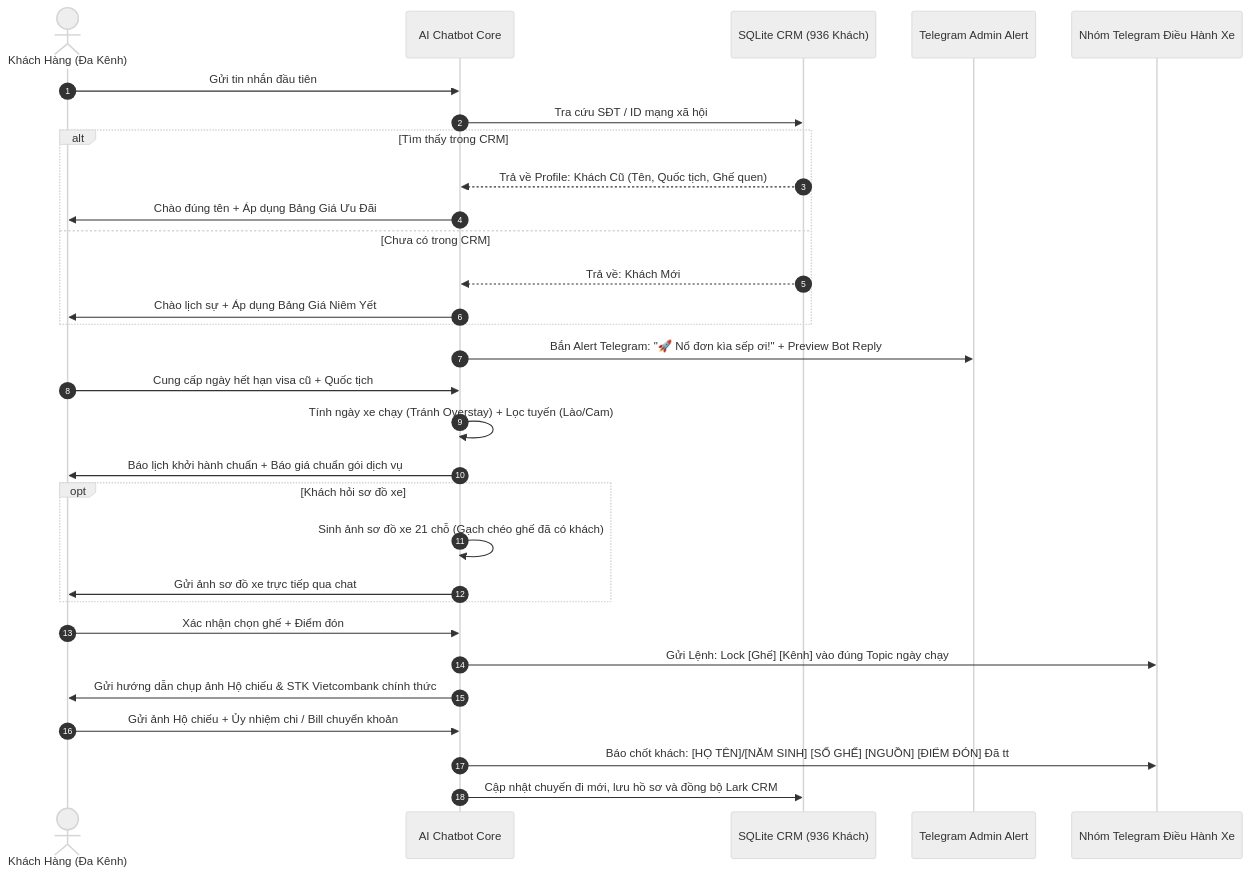
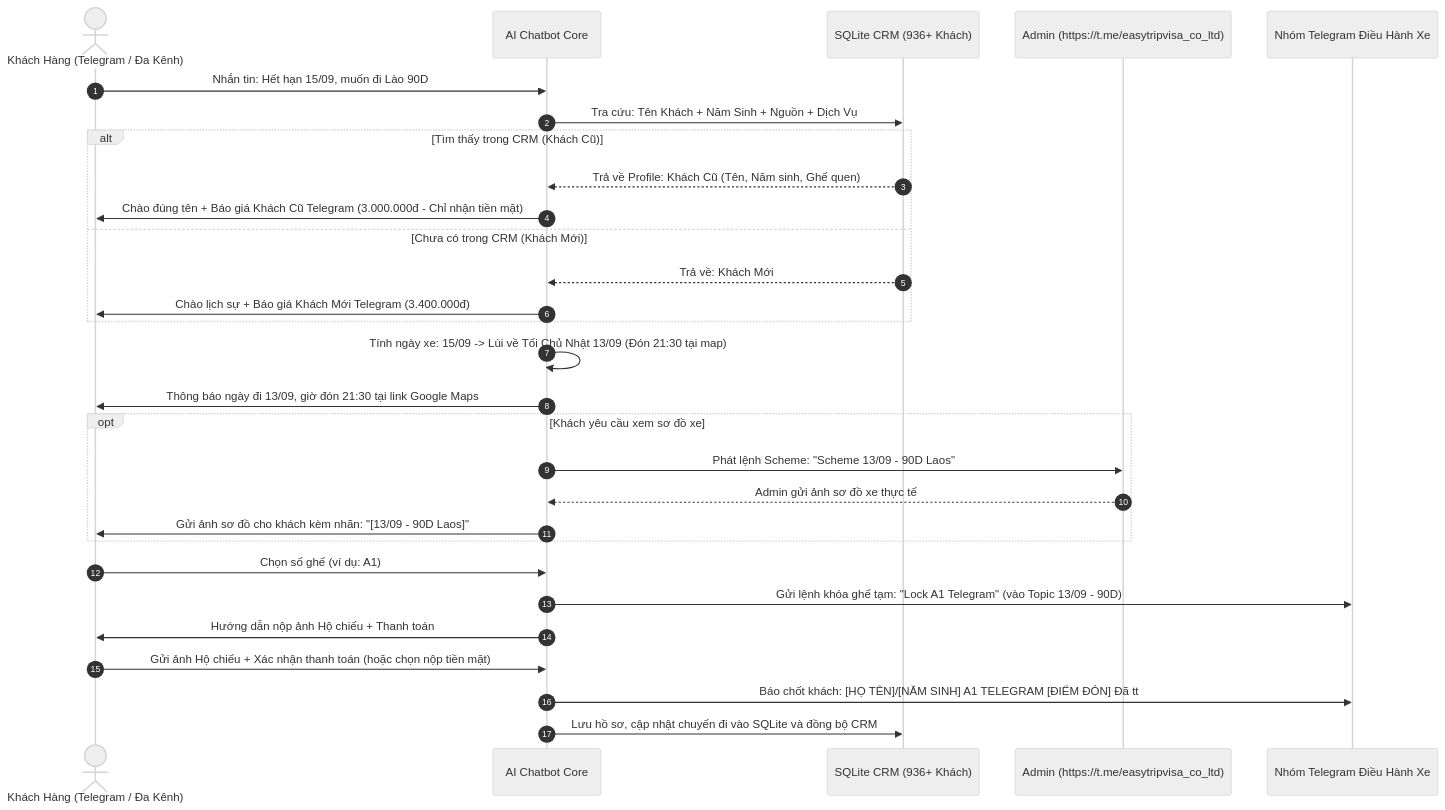
The second of 3 diagrams in docs/QUY_TRINH_HOAT_DONG_TOAN_DIEN_AI_CHATBOT.md (lyhoang280592-maker/chatbot-easytrip), drawn with Mermaid (neutral theme) before and after one commit. The commit also changed other lines of this file and 1 other file, not shown here.

Commit message:
docs: update workflow to v4.1 with Telegram pricing, 21:30 pickup location map link, CRM 4-field lookup and Admin scheme workflow

````diff
--- a/docs/QUY_TRINH_HOAT_DONG_TOAN_DIEN_AI_CHATBOT.md
+++ b/docs/QUY_TRINH_HOAT_DONG_TOAN_DIEN_AI_CHATBOT.md
@@ -103,36 +94,35 @@
 ```mermaid
 sequenceDiagram
     autonumber
-    actor C as Khách Hàng (Đa Kênh)
+    actor C as Khách Hàng (Telegram / Đa Kênh)
     participant B as AI Chatbot Core
-    participant DB as SQLite CRM (936 Khách)
-    participant AD as Telegram Admin Alert
+    participant DB as SQLite CRM (936+ Khách)
+    participant AD as Admin (https://t.me/easytripvisa_co_ltd)
     participant BUS as Nhóm Telegram Điều Hành Xe
 
-    C->>B: Gửi tin nhắn đầu tiên
-    B->>DB: Tra cứu SĐT / ID mạng xã hội
-    alt Tìm thấy trong CRM
-        DB-->>B: Trả về Profile: Khách Cũ (Tên, Quốc tịch, Ghế quen)
-        B->>C: Chào đúng tên + Áp dụng Bảng Giá Ưu Đãi
-    else Chưa có trong CRM
+    C->>B: Nhắn tin: Hết hạn 15/09, muốn đi Lào 90D
+    B->>DB: Tra cứu: Tên Khách + Năm Sinh + Nguồn + Dịch Vụ
+    alt Tìm thấy trong CRM (Khách Cũ)
+        DB-->>B: Trả về Profile: Khách Cũ (Tên, Năm sinh, Ghế quen)
+        B->>C: Chào đúng tên + Báo giá Khách Cũ Telegram (3.000.000đ - Chỉ nhận tiền mặt)
+    else Chưa có trong CRM (Khách Mới)
         DB-->>B: Trả về: Khách Mới
-        B->>C: Chào lịch sự + Áp dụng Bảng Giá Niêm Yết
+        B->>C: Chào lịch sự + Báo giá Khách Mới Telegram (3.400.000đ)
     end
 
-    B->>AD: Bắn Alert Telegram: "🚀 Nổ đơn kìa sếp ơi!" + Preview Bot Reply
-    C->>B: Cung cấp ngày hết hạn visa cũ + Quốc tịch
-    B->>B: Tính ngày xe chạy (Tránh Overstay) + Lọc tuyến (Lào/Cam)
-    B->>C: Báo lịch khởi hành chuẩn + Báo giá chuẩn gói dịch vụ
+    B->>B: Tính ngày xe: 15/09 -> Lùi về Tối Chủ Nhật 13/09 (Đón 21:30 tại map)
+    B->>C: Thông báo ngày đi 13/09, giờ đón 21:30 tại link Google Maps
 
-    opt Khách hỏi sơ đồ xe
-        B->>B: Sinh ảnh sơ đồ xe 21 chỗ (Gạch chéo ghế đã có khách)
-        B->>C: Gửi ảnh sơ đồ xe trực tiếp qua chat
+    opt Khách yêu cầu xem sơ đồ xe
+        B->>AD: Phát lệnh Scheme: "Scheme 13/09 - 90D Laos"
+        AD-->>B: Admin gửi ảnh sơ đồ xe thực tế
+        B->>C: Gửi ảnh sơ đồ cho khách kèm nhãn: "[13/09 - 90D Laos]"
     end
 
-    C->>B: Xác nhận chọn ghế + Điểm đón
-    B->>BUS: Gửi Lệnh: Lock [Ghế] [Kênh] vào đúng Topic ngày chạy
-    B->>C: Gửi hướng dẫn chụp ảnh Hộ chiếu & STK Vietcombank chính thức
-    C->>B: Gửi ảnh Hộ chiếu + Ủy nhiệm chi / Bill chuyển khoản
-    B->>BUS: Báo chốt khách: [HỌ TÊN]/[NĂM SINH] [SỐ GHẾ] [NGUỒN] [ĐIỂM ĐÓN] Đã tt
-    B->>DB: Cập nhật chuyến đi mới, lưu hồ sơ và đồng bộ Lark CRM
+    C->>B: Chọn số ghế (ví dụ: A1)
+    B->>BUS: Gửi lệnh khóa ghế tạm: "Lock A1 Telegram" (vào Topic 13/09 - 90D)
+    B->>C: Hướng dẫn nộp ảnh Hộ chiếu + Thanh toán
+    C->>B: Gửi ảnh Hộ chiếu + Xác nhận thanh toán (hoặc chọn nộp tiền mặt)
+    B->>BUS: Báo chốt khách: [HỌ TÊN]/[NĂM SINH] A1 TELEGRAM [ĐIỂM ĐÓN] Đã tt
+    B->>DB: Lưu hồ sơ, cập nhật chuyến đi vào SQLite và đồng bộ CRM
 ```
````
